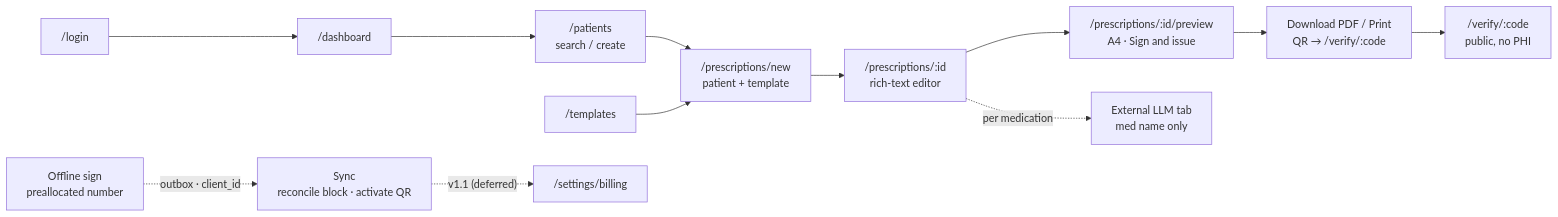
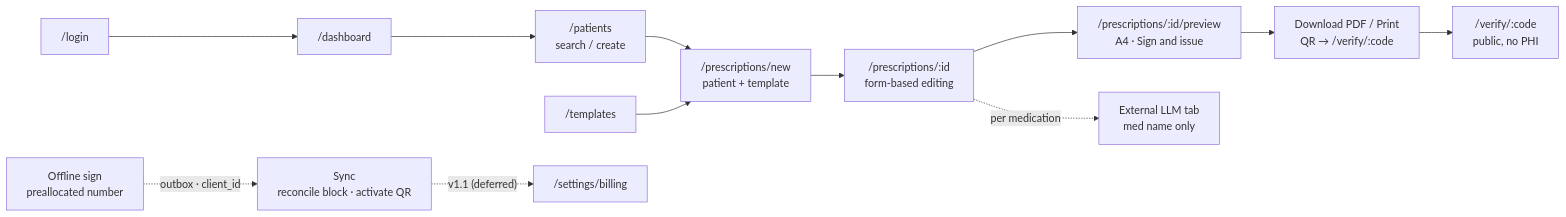
Before and after one commit to serbarla/doctor-prescription: the second of 2 diagrams in context/sitemap.md, drawn with Mermaid. The commit also changed other lines of this file and 16 other files, not shown here.

````diff
--- a/context/sitemap.md
+++ b/context/sitemap.md
@@ -140,14 +140,14 @@
 ```mermaid
 flowchart LR
     L["/login"] --> D["/dashboard"]
     D --> P["/patients<br/>search / create"]
     P --> N["/prescriptions/new<br/>patient + template"]
     T["/templates"] --> N
-    N --> E["/prescriptions/:id<br/>rich-text editor"]
+    N --> E["/prescriptions/:id<br/>form-based editing"]
     E --> V["/prescriptions/:id/preview<br/>A4 · Sign and issue"]
     V --> PDF["Download PDF / Print<br/>QR → /verify/:code"]
     PDF --> PUB["/verify/:code<br/>public, no PHI"]
     E -. "per medication" .-> LLM["External LLM tab<br/>med name only"]
     S["Offline sign<br/>preallocated number"] -. "outbox · client_id" .-> SYNC["Sync<br/>reconcile block · activate QR"]
     SYNC -. "v1.1 (deferred)" .-> B["/settings/billing"]
 ```
````
